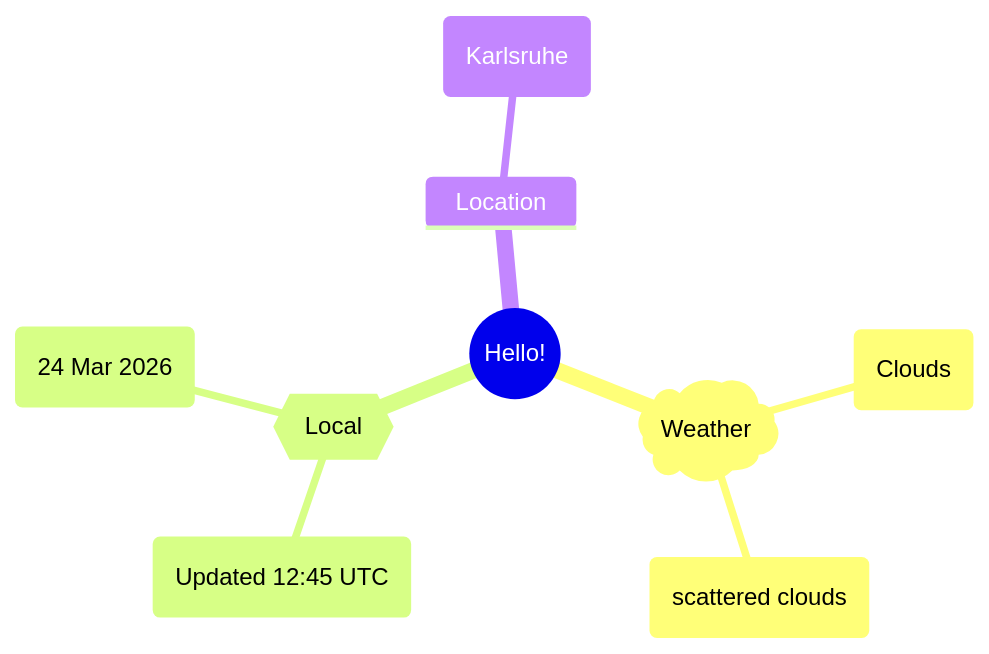
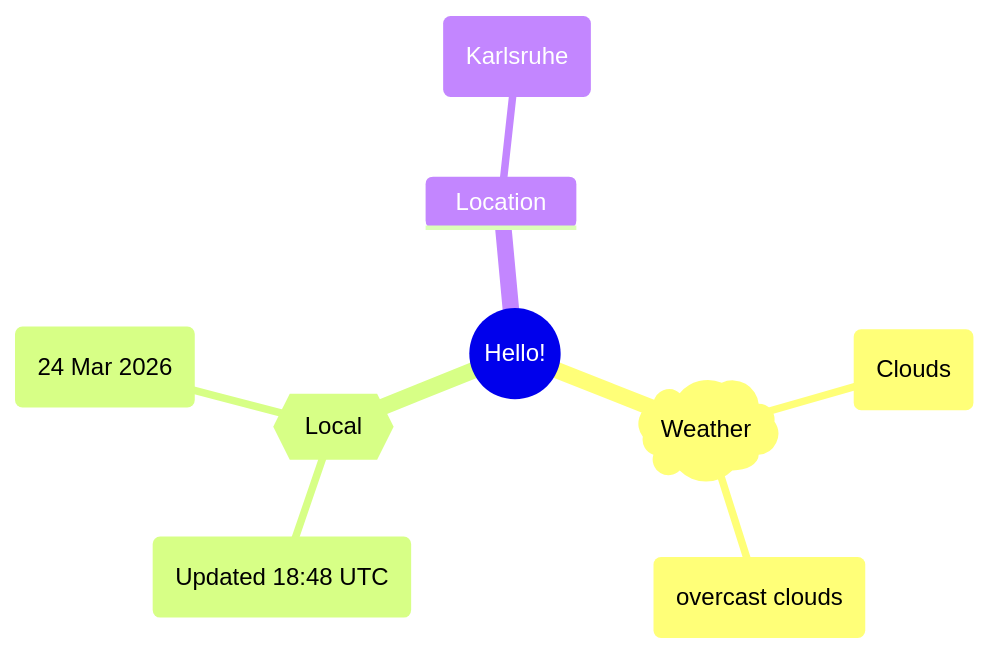
The first of 2 diagrams in README.md (Xosrov/Xosrov), drawn with Mermaid before and after one commit.

Commit message:
[bot] updated images

````diff
--- a/README.md
+++ b/README.md
@@ -3,12 +3,12 @@
 ```mermaid
 mindmap
   root((Hello!))
     )Weather(
         (Clouds)
-        (scattered clouds)
+        (overcast clouds)
     {{Local}}
-        (Updated 12:45 UTC)
+        (Updated 18:48 UTC)
         (24 Mar 2026)
     Location
         (Karlsruhe)
 ```
````
